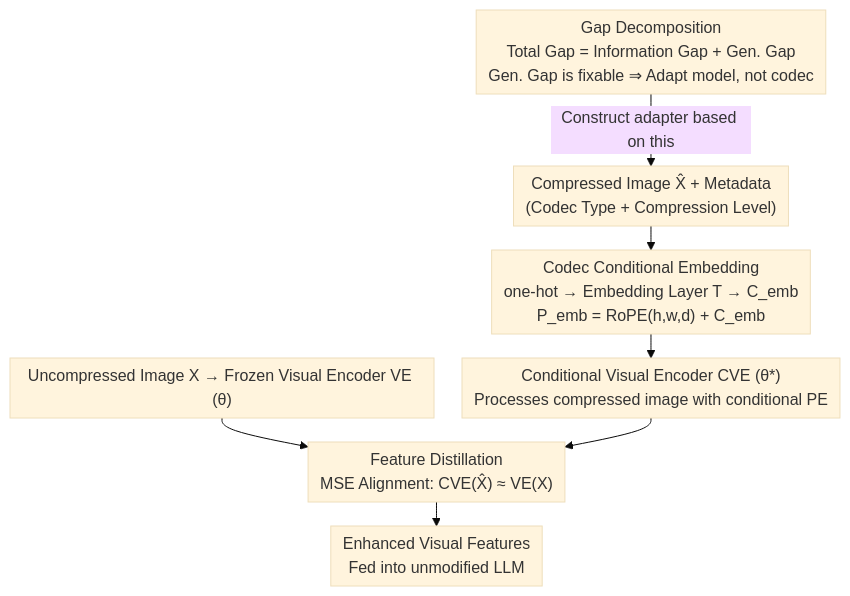
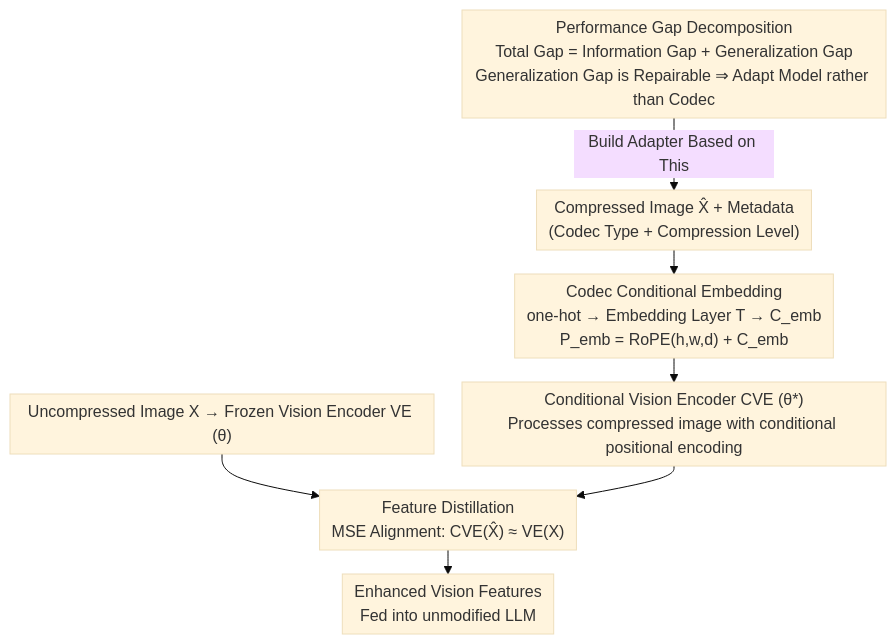
One commit to zhaoyang97/Paper-Notes-en changed the diagram in docs/ICML2026/multimodal_vlm/benchmarking_and_enhancing_vlm_for_compressed_image_understanding.md. Above: the diagram before and after it, drawn with Mermaid (base theme). The commit also changed other lines of this file and 5084 other files, not shown here.

````diff
--- a/docs/ICML2026/multimodal_vlm/benchmarking_and_enhancing_vlm_for_compressed_image_understanding.md
+++ b/docs/ICML2026/multimodal_vlm/benchmarking_and_enhancing_vlm_for_compressed_image_understanding.md
@@ -46,10 +46,10 @@
 ```mermaid
 %%{init: {'flowchart': {'rankSpacing': 24, 'nodeSpacing': 28, 'padding': 6, 'wrappingWidth': 400}}}%%
 flowchart TD
-    G["Gap Decomposition<br/>Total Gap = Information Gap + Gen. Gap<br/>Gen. Gap is fixable ⇒ Adapt model, not codec"] -->|Construct adapter based on this| A
+    G["Performance Gap Decomposition<br/>Total Gap = Information Gap + Generalization Gap<br/>Generalization Gap is Repairable ⇒ Adapt Model rather than Codec"] -->|Build Adapter Based on This| A
     A["Compressed Image X̂ + Metadata<br/>(Codec Type + Compression Level)"] --> B["Codec Conditional Embedding<br/>one-hot → Embedding Layer T → C_emb<br/>P_emb = RoPE(h,w,d) + C_emb"]
-    B --> C["Conditional Visual Encoder CVE (θ*)<br/>Processes compressed image with conditional PE"]
-    R["Uncompressed Image X → Frozen Visual Encoder VE (θ)"] --> D
+    B --> C["Conditional Vision Encoder CVE (θ*)<br/>Processes compressed image with conditional positional encoding"]
+    R["Uncompressed Image X → Frozen Vision Encoder VE (θ)"] --> D
     C --> D["Feature Distillation<br/>MSE Alignment: CVE(X̂) ≈ VE(X)"]
-    D --> E["Enhanced Visual Features<br/>Fed into unmodified LLM"]
+    D --> E["Enhanced Vision Features<br/>Fed into unmodified LLM"]
 ```
````
